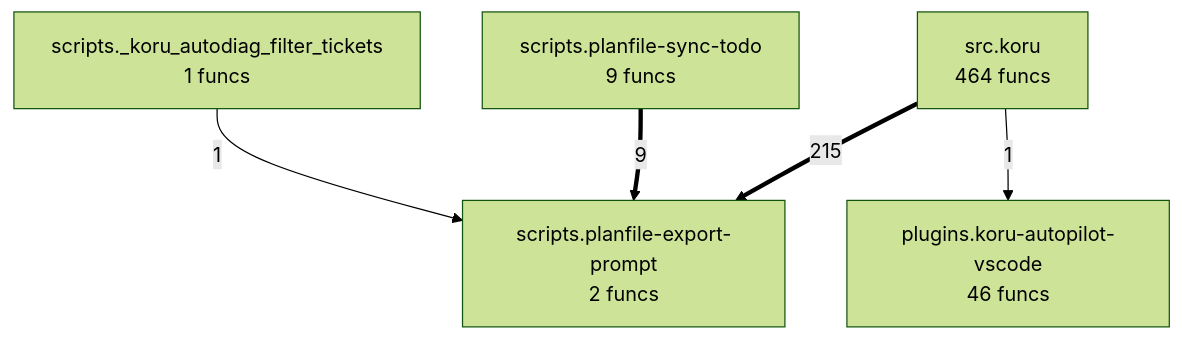
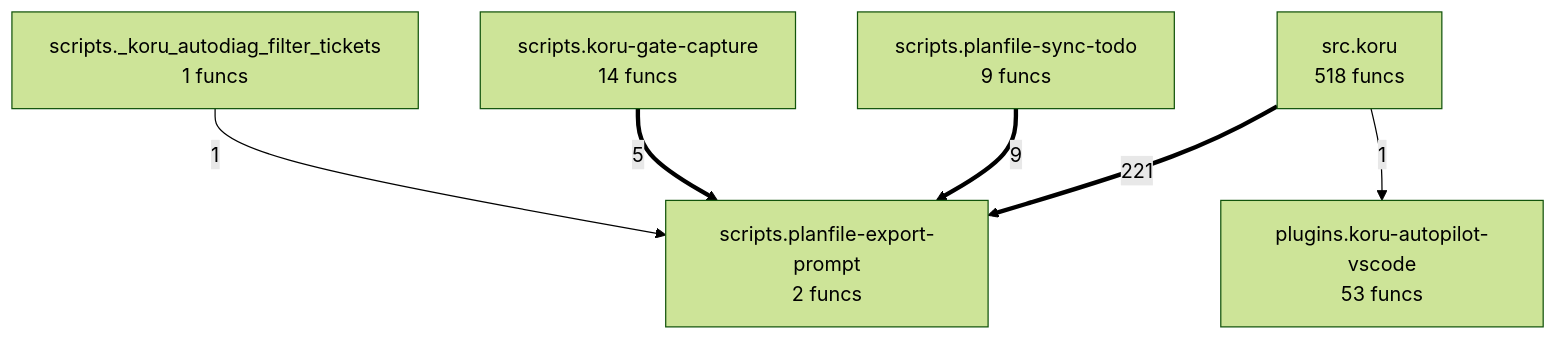
The diagram in project/compact_flow.mmd (semcod/koru), drawn with Mermaid (forest theme) before and after one commit. The commit also changed 25 other files, not shown here.

```diff
--- a/project/compact_flow.mmd
+++ b/project/compact_flow.mmd
@@ -1,11 +1,13 @@
 flowchart TD
 %% generated in 0.02s
-    plugins__koru_autopilot_vscode["plugins.koru-autopilot-vscode<br/>46 funcs"]
+    plugins__koru_autopilot_vscode["plugins.koru-autopilot-vscode<br/>53 funcs"]
     scripts___koru_autodiag_filter_tickets["scripts._koru_autodiag_filter_tickets<br/>1 funcs"]
+    scripts__koru_gate_capture["scripts.koru-gate-capture<br/>14 funcs"]
     scripts__planfile_export_prompt["scripts.planfile-export-prompt<br/>2 funcs"]
     scripts__planfile_sync_todo["scripts.planfile-sync-todo<br/>9 funcs"]
-    src__koru["src.koru<br/>464 funcs"]
-    src__koru ==>|215| scripts__planfile_export_prompt
+    src__koru["src.koru<br/>518 funcs"]
+    src__koru ==>|221| scripts__planfile_export_prompt
     scripts__planfile_sync_todo ==>|9| scripts__planfile_export_prompt
+    scripts__koru_gate_capture ==>|5| scripts__planfile_export_prompt
+    src__koru -->|1| plugins__koru_autopilot_vscode
     scripts___koru_autodiag_filter_tickets -->|1| scripts__planfile_export_prompt
-    src__koru -->|1| plugins__koru_autopilot_vscode
```
